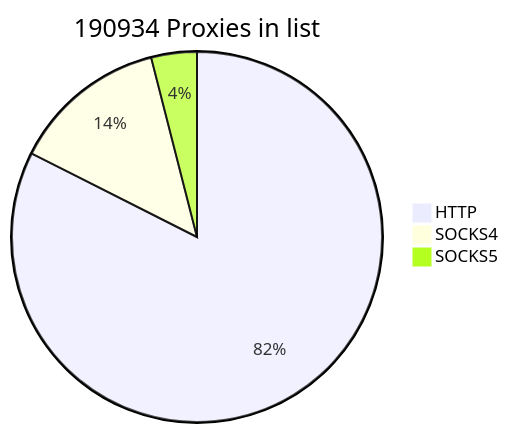
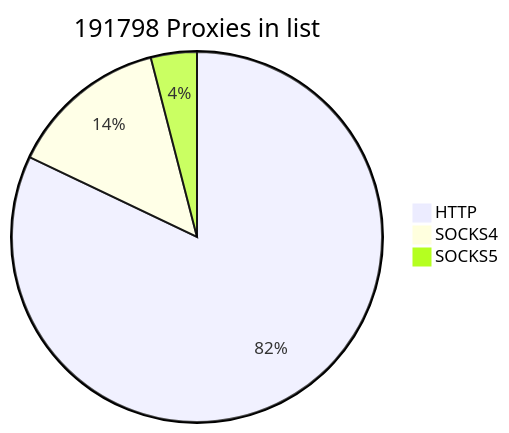
The first of 2 diagrams in README.md (cutipu/proxylist), drawn with Mermaid before and after one commit. The commit also changed other lines of this file, not shown here.

````diff
--- a/README.md
+++ b/README.md
@@ -2,7 +2,7 @@
 ```mermaid
-pie title 190934 Proxies in list
-    "HTTP" : 157414
-    "SOCKS4" : 25918
-    "SOCKS5" : 7602
+pie title 191798 Proxies in list
+    "HTTP" : 157441
+    "SOCKS4" : 26656
+    "SOCKS5" : 7701
             
 ```
````
